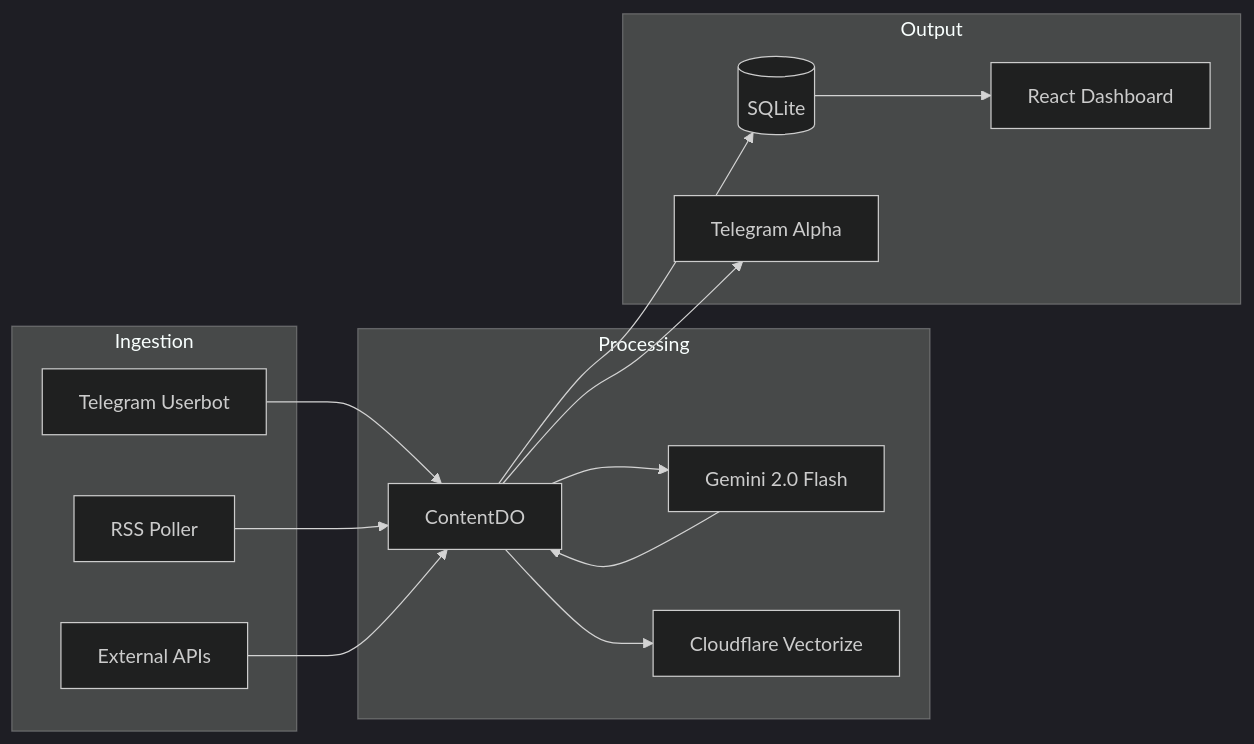
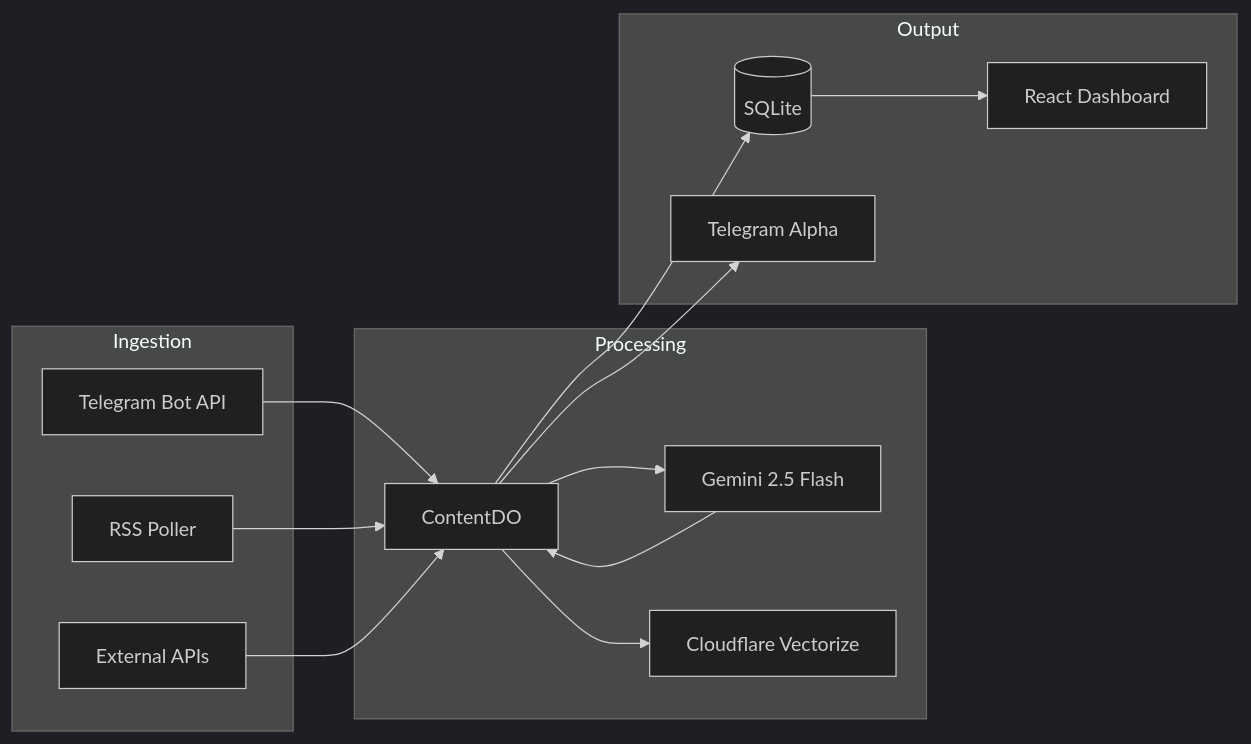
One commit to criticalinsight/content-refinery changed the diagram in docs/PRD.md. Above: the diagram before and after it, drawn with Mermaid (dark theme). The commit also changed other lines of this file and 6508 other files, not shown here.

First line of the commit message:
feat: complete resource optimization roadmap v4.0

````diff
--- a/docs/PRD.md
+++ b/docs/PRD.md
@@ -56,30 +61,30 @@
 ```mermaid
 graph LR
     subgraph Ingestion
-        TG[Telegram Userbot]
+        TG[Telegram Bot API]
         RSS[RSS Poller]
         API[External APIs]
     end
 
     subgraph Processing
         DO[ContentDO]
-        GEM[Gemini 2.0 Flash]
+        GEM[Gemini 2.5 Flash]
         VEC[Cloudflare Vectorize]
     end
 
     subgraph Output
         SQL[(SQLite)]
         DASH[React Dashboard]
         TG_OUT[Telegram Alpha]
     end
 
     TG --> DO
     RSS --> DO
     API --> DO
     DO --> GEM
     GEM --> DO
     DO --> VEC
     DO --> SQL
     SQL --> DASH
     DO --> TG_OUT
 ```
````
